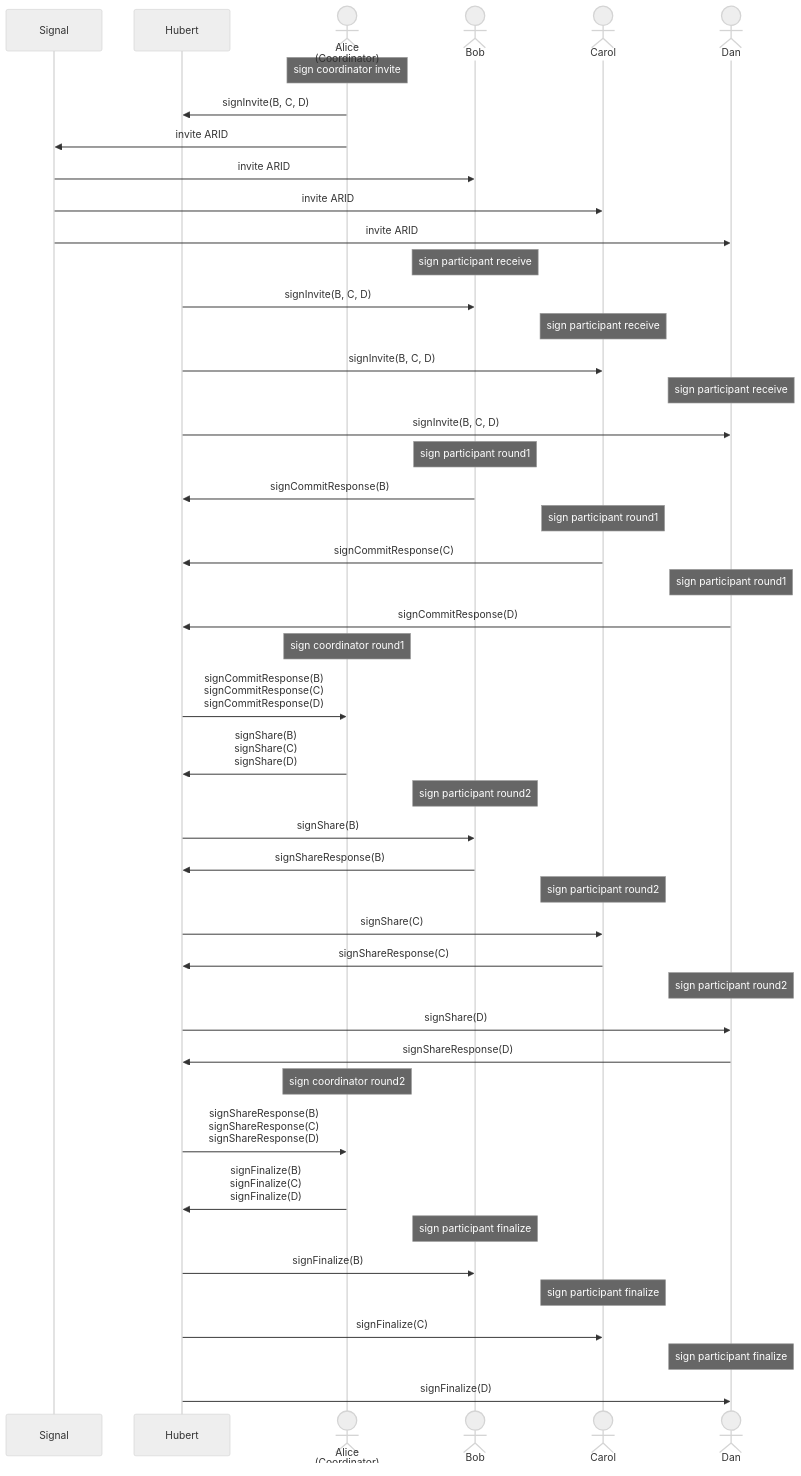
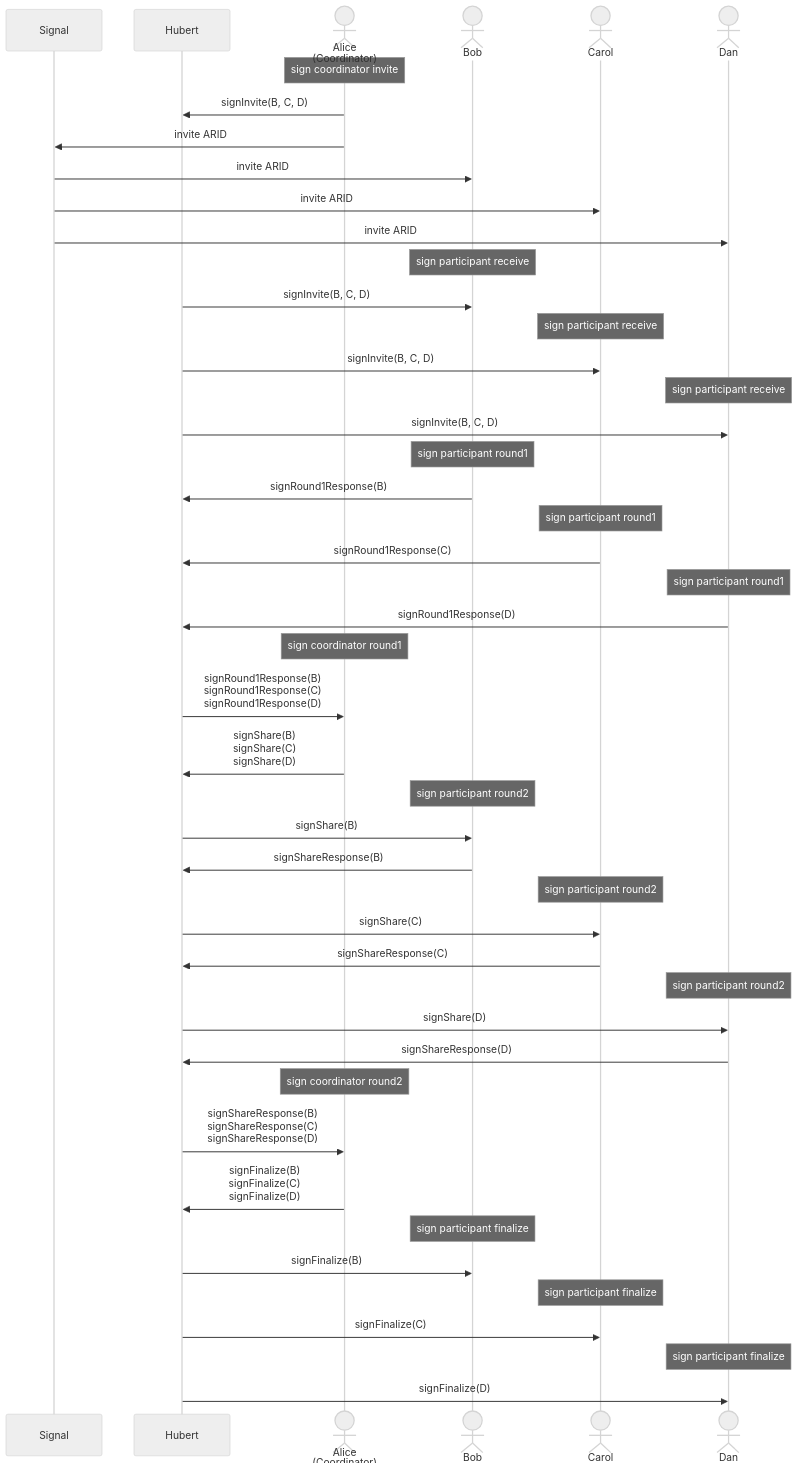
Before and after one commit to BlockchainCommons/frost-hubert-rust: the third of 3 diagrams in sequence-diagram.md, drawn with Mermaid (neutral theme). The commit also changed 3 other files, not shown here.

````diff
--- a/sequence-diagram.md
+++ b/sequence-diagram.md
@@ -98,63 +98,63 @@
 ```mermaid
 sequenceDiagram
     participant S as Signal
     participant H as Hubert
     actor A as Alice<br/>(Coordinator)
     actor B as Bob
     actor C as Carol
     actor D as Dan
 
     note over A: sign coordinator invite
     A->>H: signInvite(B, C, D)
     A->>S: invite ARID
     S->>B: invite ARID
     S->>C: invite ARID
     S->>D: invite ARID
 
     note over B: sign participant receive
     H->>B: signInvite(B, C, D)
 
     note over C: sign participant receive
     H->>C: signInvite(B, C, D)
 
     note over D: sign participant receive
     H->>D: signInvite(B, C, D)
 
     note over B: sign participant round1
-    B->>H: signCommitResponse(B)
+    B->>H: signRound1Response(B)
 
     note over C: sign participant round1
-    C->>H: signCommitResponse(C)
+    C->>H: signRound1Response(C)
 
     note over D: sign participant round1
-    D->>H: signCommitResponse(D)
+    D->>H: signRound1Response(D)
 
     note over A: sign coordinator round1
-    H->>A: signCommitResponse(B)<br/>signCommitResponse(C)<br/>signCommitResponse(D)
+    H->>A: signRound1Response(B)<br/>signRound1Response(C)<br/>signRound1Response(D)
     A->>H: signShare(B)<br/>signShare(C)<br/>signShare(D)
 
     note over B: sign participant round2
     H->>B: signShare(B)
     B->>H: signShareResponse(B)
 
     note over C: sign participant round2
     H->>C: signShare(C)
     C->>H: signShareResponse(C)
 
     note over D: sign participant round2
     H->>D: signShare(D)
     D->>H: signShareResponse(D)
 
     note over A: sign coordinator round2
     H->>A: signShareResponse(B)<br/>signShareResponse(C)<br/>signShareResponse(D)
     A->>H: signFinalize(B)<br/>signFinalize(C)<br/>signFinalize(D)
 
     note over B: sign participant finalize
     H->>B: signFinalize(B)
 
     note over C: sign participant finalize
     H->>C: signFinalize(C)
 
     note over D: sign participant finalize
     H->>D: signFinalize(D)
 ```
````
